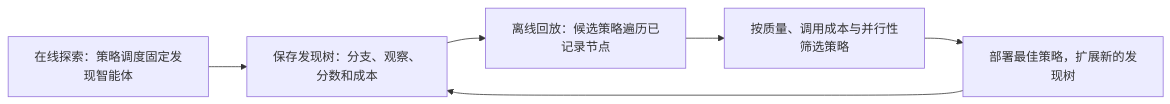
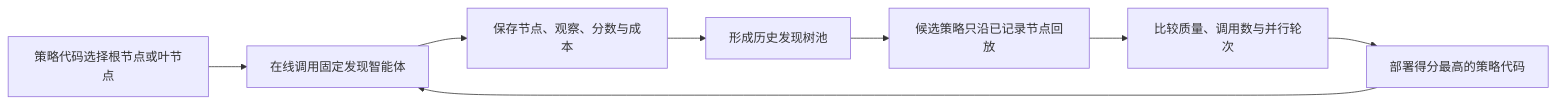
Before and after one commit to TingdeLiu/tingdeliu.github.io: diagram 14 of 14 in _posts/research/2026-03-06-Embodied-Agent-Papers.md, drawn with Mermaid. The commit also changed other lines of this file and 4 other files, not shown here.

````diff
--- a/_posts/research/2026-03-06-Embodied-Agent-Papers.md
+++ b/_posts/research/2026-03-06-Embodied-Agent-Papers.md
@@ -2739,8 +2748,10 @@
 ```mermaid
 graph LR
-    A["在线探索：策略调度固定发现智能体"] --> B["保存发现树：分支、观察、分数和成本"]
-    B --> C["离线回放：候选策略遍历已记录节点"]
-    C --> D["按质量、调用成本与并行性筛选策略"]
-    D --> E["部署最佳策略，扩展新的发现树"]
-    E --> B
+    A["策略代码选择根节点或叶节点"] --> B["在线调用固定发现智能体"]
+    B --> C["保存节点、观察、分数与成本"]
+    C --> D["形成历史发现树池"]
+    D --> E["候选策略只沿已记录节点回放"]
+    E --> F["比较质量、调用数与并行轮次"]
+    F --> G["部署得分最高的策略代码"]
+    G --> B
 ```
````
